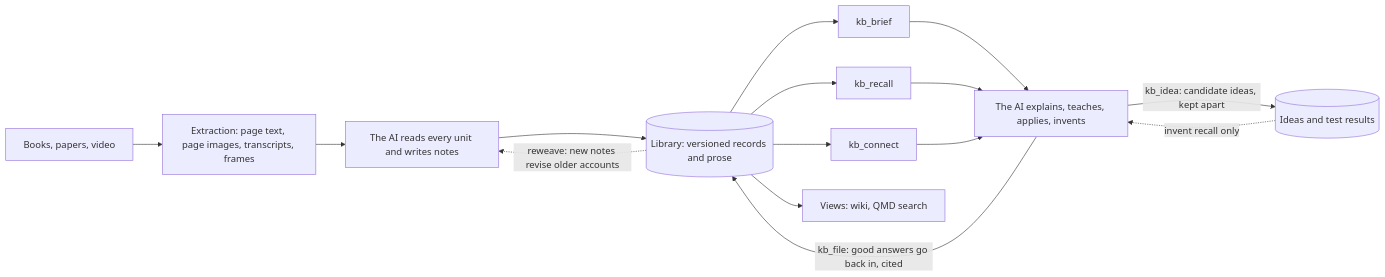
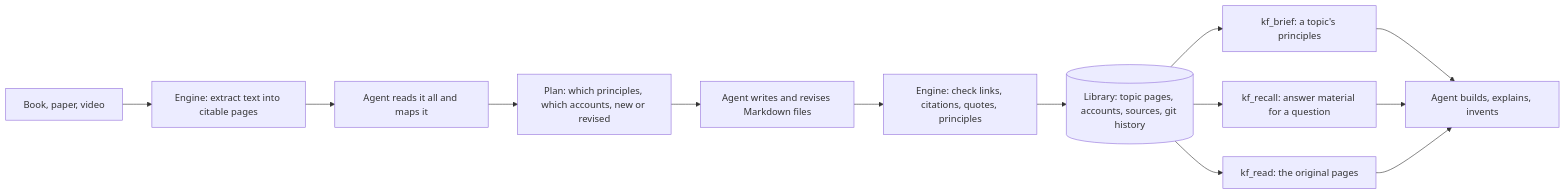
The diagram in README.md (Barncore/know-fu), drawn with Mermaid before and after one commit. The commit also changed other lines of this file and 252 other files, not shown here.

````diff
--- a/README.md
+++ b/README.md
@@ -19,17 +31,15 @@
 ```mermaid
 flowchart LR
-  S[Books, papers, video] --> E[Extraction: page text, page images, transcripts, frames]
-  E --> N[The AI reads every unit and writes notes]
-  N --> L[(Library: versioned records and prose)]
-  L -. reweave: new notes revise older accounts .-> N
-  L --> B[kb_brief]
-  L --> R[kb_recall]
-  L --> C[kb_connect]
-  B --> A[The AI explains, teaches, applies, invents]
-  R --> A
-  C --> A
-  A -- kb_file: good answers go back in, cited --> L
-  A -- kb_idea: candidate ideas, kept apart --> D[(Ideas and test results)]
-  D -. invent recall only .-> A
-  L --> V[Views: wiki, QMD search]
+  S[Book, paper, video] --> X[Engine: extract text into citable pages]
+  X --> R[Agent reads it all and maps it]
+  R --> P[Plan: which principles, which accounts, new or revised]
+  P --> W[Agent writes and revises Markdown files]
+  W --> C[Engine: check links, citations, quotes, principles]
+  C --> L[(Library: topic pages, accounts, sources, git history)]
+  L --> B[kf_brief: a topic's principles]
+  L --> Q[kf_recall: answer material for a question]
+  L --> O[kf_read: the original pages]
+  B --> A[Agent builds, explains, invents]
+  Q --> A
+  O --> A
 ```
````
